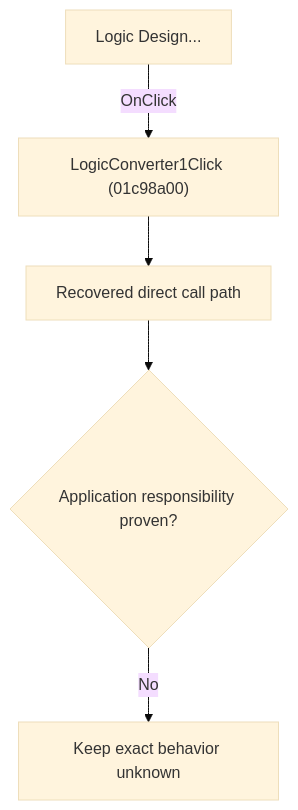
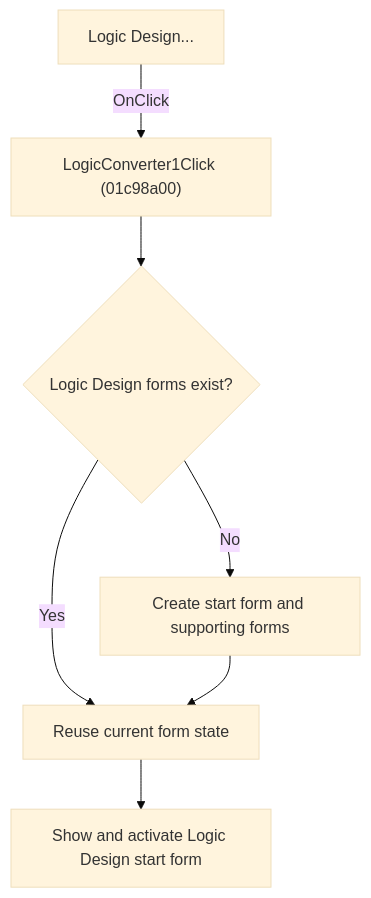
The diagram in docs/ui-controls/schematiceditor/logicconverter1-43982c68bd.md (MovGP0/TIARA), drawn with Mermaid (base theme) before and after one commit. The commit also changed other lines of this file and 241 other files, not shown here.

````diff
--- a/docs/ui-controls/schematiceditor/logicconverter1-43982c68bd.md
+++ b/docs/ui-controls/schematiceditor/logicconverter1-43982c68bd.md
@@ -27,7 +29,9 @@
 ```mermaid
 flowchart TD
-    control["Logic Design..."] -->|"OnClick"| handler["LogicConverter1Click (01c98a00)"]
-    handler --> recovered["Recovered direct call path"]
-    recovered --> gap{"Application responsibility proven?"}
-    gap -->|"No"| blocked["Keep exact behavior unknown"]
+    control["Logic Design..."] -->|OnClick| handler["LogicConverter1Click (01c98a00)"]
+    handler --> existing{"Logic Design forms exist?"}
+    existing -->|No| create["Create start form and supporting forms"]
+    existing -->|Yes| show["Reuse current form state"]
+    create --> show
+    show --> open["Show and activate Logic Design start form"]
 ```
````
